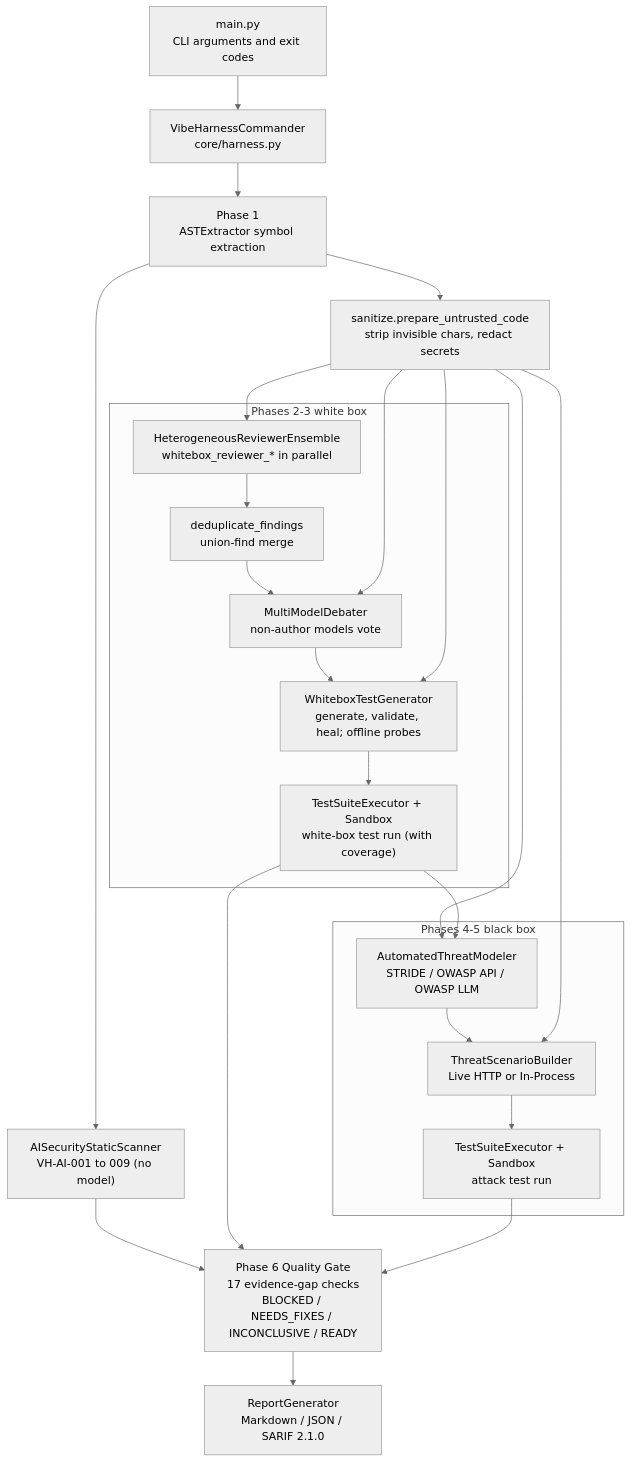
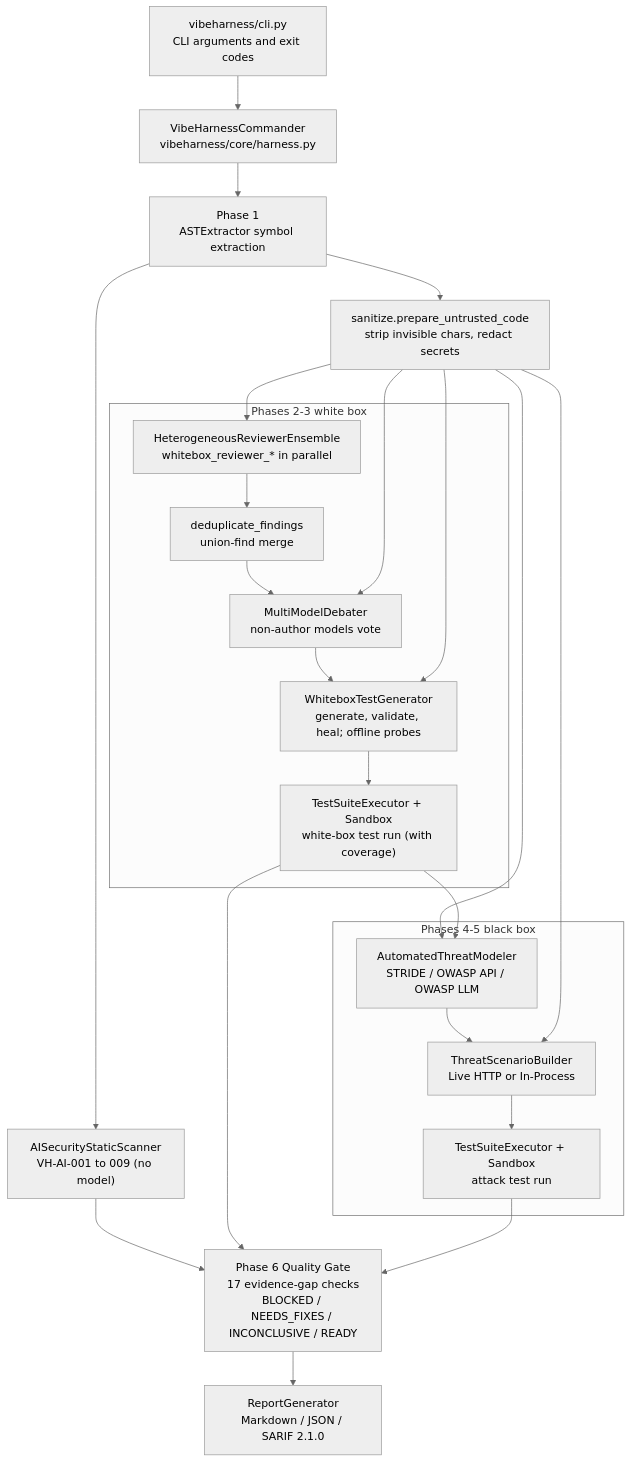
One commit to chinchiang/MultiAgentGama changed the first of 3 diagrams in docs/design.en.md. Above: the diagram before and after it, drawn with Mermaid (neutral theme). The commit also changed other lines of this file and 57 other files, not shown here.

````diff
--- a/docs/design.en.md
+++ b/docs/design.en.md
@@ -43,34 +43,34 @@
 ```mermaid
 flowchart TD
-    CLI["main.py<br/>CLI arguments and exit codes"] --> CMD["VibeHarnessCommander<br/>core/harness.py"]
+    CLI["vibeharness/cli.py<br/>CLI arguments and exit codes"] --> CMD["VibeHarnessCommander<br/>vibeharness/core/harness.py"]
     CMD --> P1["Phase 1<br/>ASTExtractor symbol extraction"]
     P1 --> SAST["AISecurityStaticScanner<br/>VH-AI-001 to 009 (no model)"]
     P1 --> SAN["sanitize.prepare_untrusted_code<br/>strip invisible chars, redact secrets"]
 
     subgraph WB ["Phases 2-3 white box"]
         REV["HeterogeneousReviewerEnsemble<br/>whitebox_reviewer_* in parallel"]
         DEDUP["deduplicate_findings<br/>union-find merge"]
         DEB["MultiModelDebater<br/>non-author models vote"]
         GEN["WhiteboxTestGenerator<br/>generate, validate, heal; offline probes"]
         EXE1["TestSuiteExecutor + Sandbox<br/>white-box test run (with coverage)"]
         REV --> DEDUP --> DEB --> GEN --> EXE1
     end
 
     subgraph BB ["Phases 4-5 black box"]
         TM["AutomatedThreatModeler<br/>STRIDE / OWASP API / OWASP LLM"]
         ATK["ThreatScenarioBuilder<br/>Live HTTP or In-Process"]
         EXE2["TestSuiteExecutor + Sandbox<br/>attack test run"]
         TM --> ATK --> EXE2
     end
 
     SAN --> REV
     SAN --> DEB
     SAN --> GEN
     SAN --> TM
     SAN --> ATK
     EXE1 --> TM
     SAST --> GATE
     EXE1 --> GATE
     EXE2 --> GATE["Phase 6 Quality Gate<br/>17 evidence-gap checks<br/>BLOCKED / NEEDS_FIXES / INCONCLUSIVE / READY"]
     GATE --> OUT["ReportGenerator<br/>Markdown / JSON / SARIF 2.1.0"]
 ```
````
